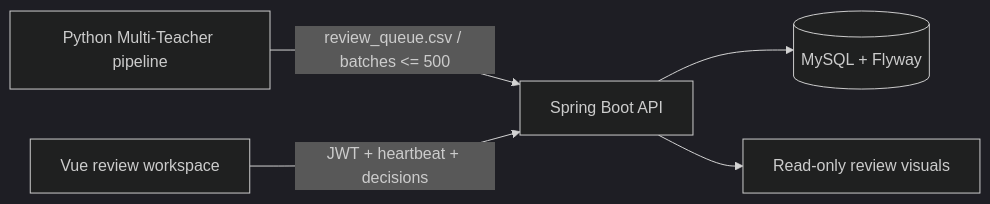
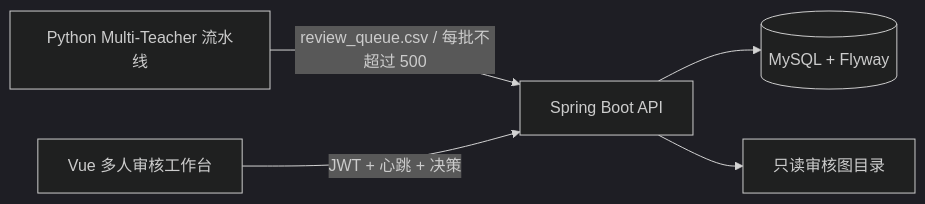
The second of 3 diagrams in README.md (jiapengLi11/yolo-label-recovery), drawn with Mermaid (dark theme) before and after one commit. The commit also changed other lines of this file and 20 other files, not shown here.

````diff
--- a/README.md
+++ b/README.md
@@ -102,7 +130,7 @@
 ```mermaid
 flowchart LR
-    P["Python Multi-Teacher pipeline"] -->|"review_queue.csv / batches <= 500"| A["Spring Boot API"]
-    V["Vue review workspace"] -->|"JWT + heartbeat + decisions"| A
+    P["Python Multi-Teacher 流水线"] -->|"review_queue.csv / 每批不超过 500"| A["Spring Boot API"]
+    V["Vue 多人审核工作台"] -->|"JWT + 心跳 + 决策"| A
     A --> M[("MySQL + Flyway")]
-    A --> R["Read-only review visuals"]
+    A --> R["只读审核图目录"]
 ```
````
